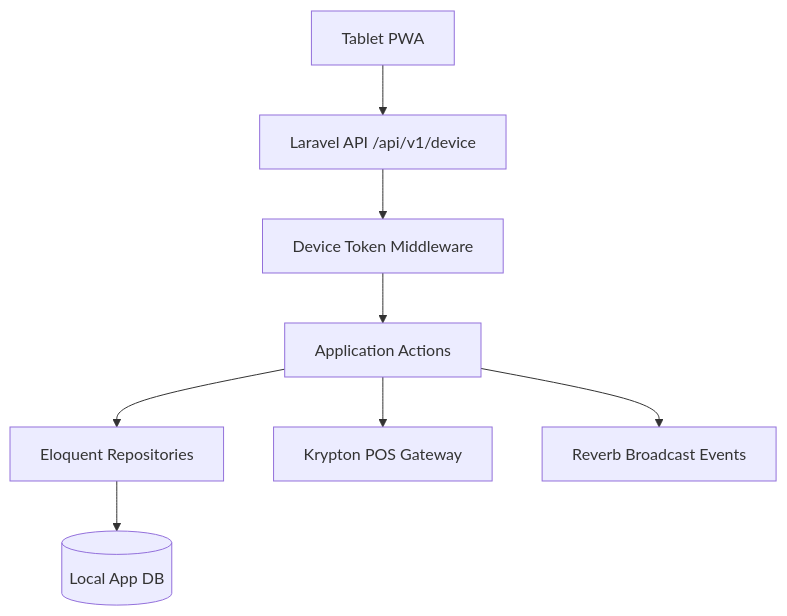
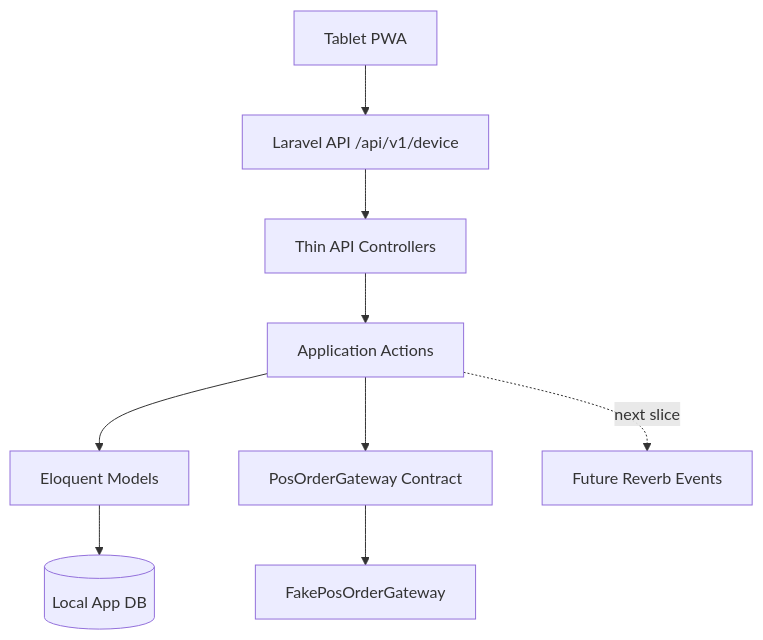
The first of 2 diagrams in docs/CASE_FILE.md (ryanpastorizadev-bit/woosoo-app), drawn with Mermaid before and after one commit. The commit also changed other lines of this file, not shown here.

````diff
--- a/docs/CASE_FILE.md
+++ b/docs/CASE_FILE.md
@@ -17,19 +17,21 @@
 ```mermaid
 flowchart TD
     Tablet[Tablet PWA]
     Api[Laravel API /api/v1/device]
-    Middleware[Device Token Middleware]
+    Controllers[Thin API Controllers]
     Actions[Application Actions]
-    Repos[Eloquent Repositories]
+    Models[Eloquent Models]
     DB[(Local App DB)]
-    POS[Krypton POS Gateway]
-    Reverb[Reverb Broadcast Events]
+    POS[PosOrderGateway Contract]
+    Fake[FakePosOrderGateway]
+    Reverb[Future Reverb Events]
 
     Tablet --> Api
-    Api --> Middleware
-    Middleware --> Actions
-    Actions --> Repos
-    Repos --> DB
+    Api --> Controllers
+    Controllers --> Actions
+    Actions --> Models
+    Models --> DB
     Actions --> POS
-    Actions --> Reverb
+    POS --> Fake
+    Actions -. next slice .-> Reverb
 ```
````
